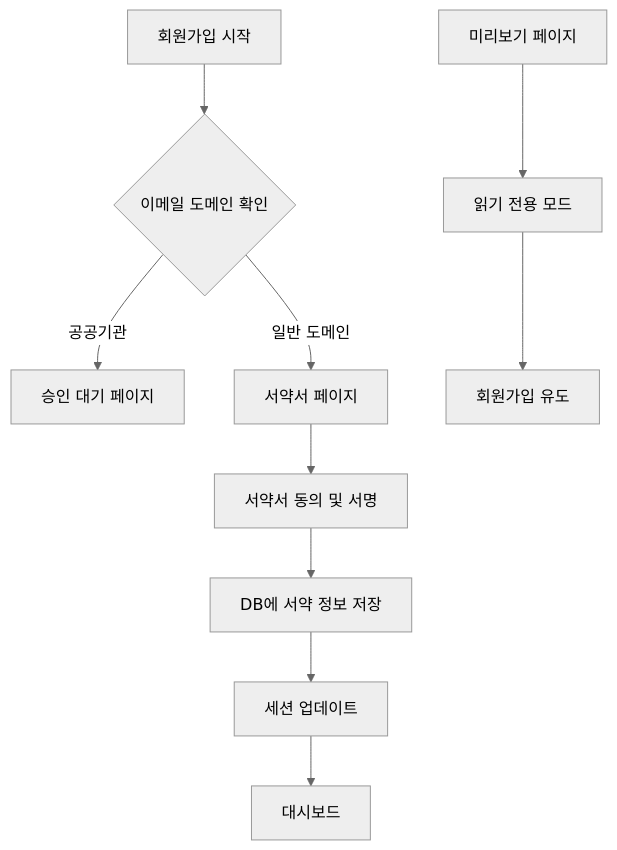
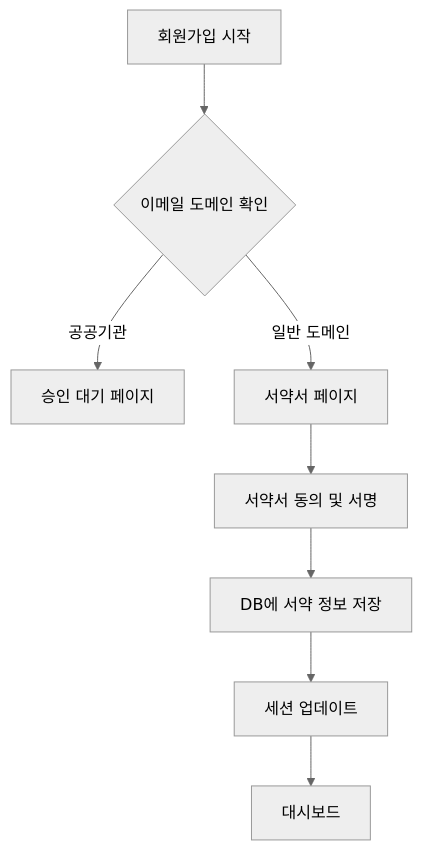
One commit to truth0530/AEDpics changed the diagram in docs/guides/SECURITY_PLEDGE_SIGNUP_INTEGRATION.md. Above: the diagram before and after it, drawn with Mermaid (neutral theme). The commit also changed other lines of this file and 11 other files, not shown here.

````diff
--- a/docs/guides/SECURITY_PLEDGE_SIGNUP_INTEGRATION.md
+++ b/docs/guides/SECURITY_PLEDGE_SIGNUP_INTEGRATION.md
@@ -221,13 +213,10 @@
 ```mermaid
 graph TD
     A[회원가입 시작] --> B{이메일 도메인 확인}
     B -->|공공기관| C[승인 대기 페이지]
     B -->|일반 도메인| D[서약서 페이지]
     D --> E[서약서 동의 및 서명]
     E --> F[DB에 서약 정보 저장]
     F --> G[세션 업데이트]
     G --> H[대시보드]
-
-    I[미리보기 페이지] --> J[읽기 전용 모드]
-    J --> K[회원가입 유도]
 ```
````
